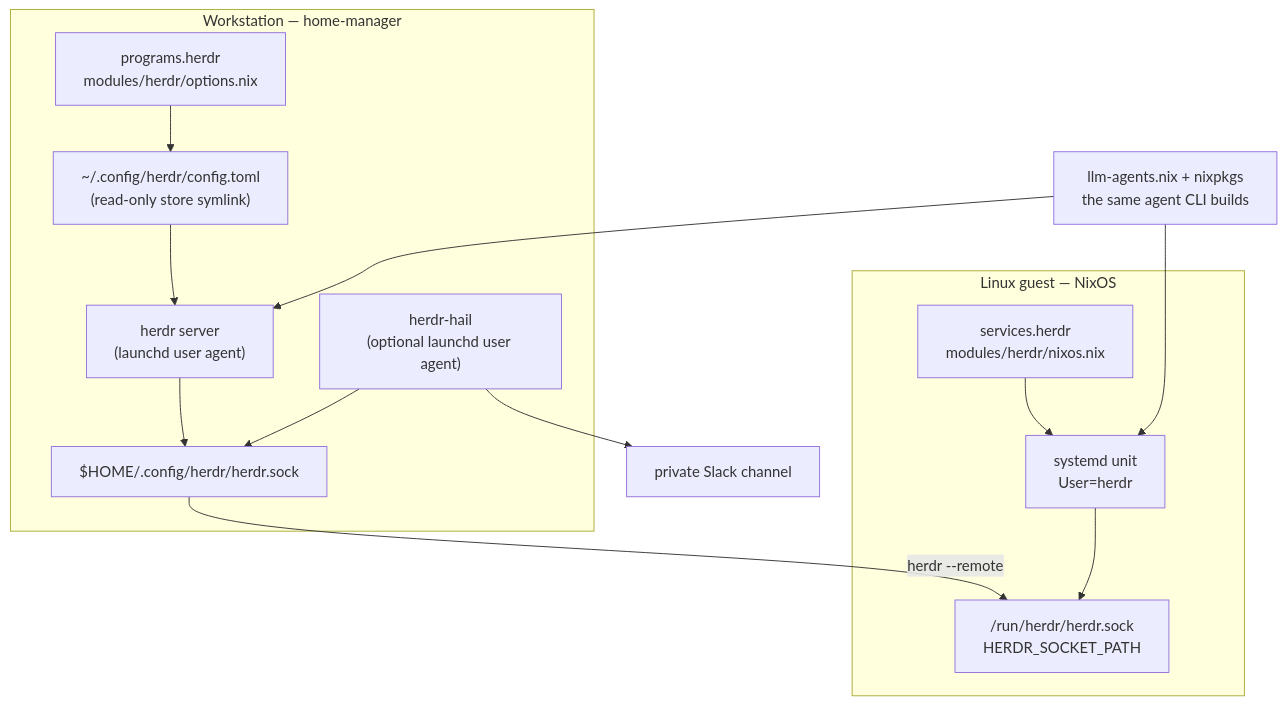
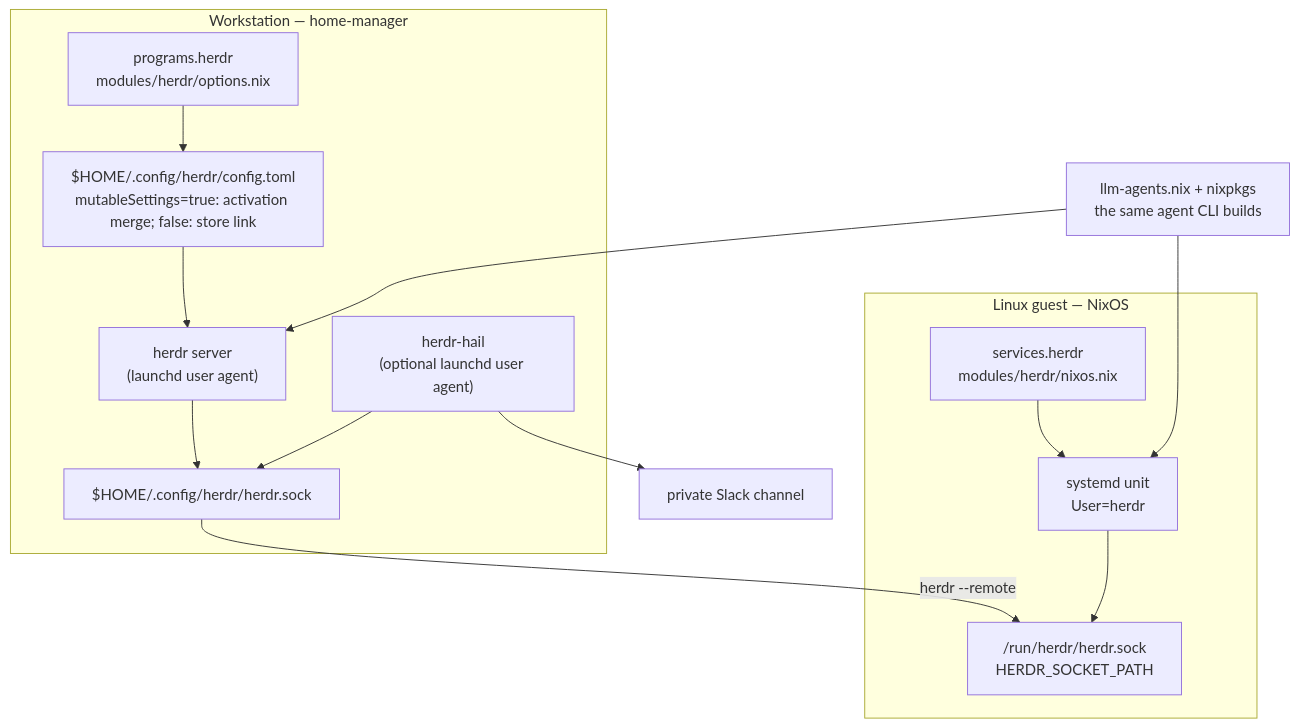
The first of 2 diagrams in docs/architecture/herdr.md (dryvist/nix-ai), drawn with Mermaid before and after one commit. The commit also changed 6 other files, not shown here.

First line of the commit message:
feat(herdr): merge config.toml at activation by default (#2745)

````diff
--- a/docs/architecture/herdr.md
+++ b/docs/architecture/herdr.md
@@ -16,27 +16,27 @@
 ```mermaid
 graph TD
     subgraph Workstation["Workstation — home-manager"]
         HMOPT["programs.herdr\nmodules/herdr/options.nix"]
-        CFG["~/.config/herdr/config.toml\n(read-only store symlink)"]
+        CFG["$HOME/.config/herdr/config.toml\nmutableSettings=true: activation merge; false: store link"]
         WSOCK["$HOME/.config/herdr/herdr.sock"]
         WSRV["herdr server\n(launchd user agent)"]
         HAIL["herdr-hail\n(optional launchd user agent)"]
     end
 
     subgraph Guest["Linux guest — NixOS"]
         NIXOPT["services.herdr\nmodules/herdr/nixos.nix"]
         UNIT["systemd unit\nUser=herdr"]
         GSOCK["/run/herdr/herdr.sock\nHERDR_SOCKET_PATH"]
     end
 
     AGENTS["llm-agents.nix + nixpkgs\nthe same agent CLI builds"]
     SLACK["private Slack channel"]
 
     HMOPT --> CFG --> WSRV --> WSOCK
     HAIL --> WSOCK
     HAIL --> SLACK
     NIXOPT --> UNIT --> GSOCK
     AGENTS --> WSRV
     AGENTS --> UNIT
     WSOCK -->|"herdr --remote <name>"| GSOCK
 ```
````
